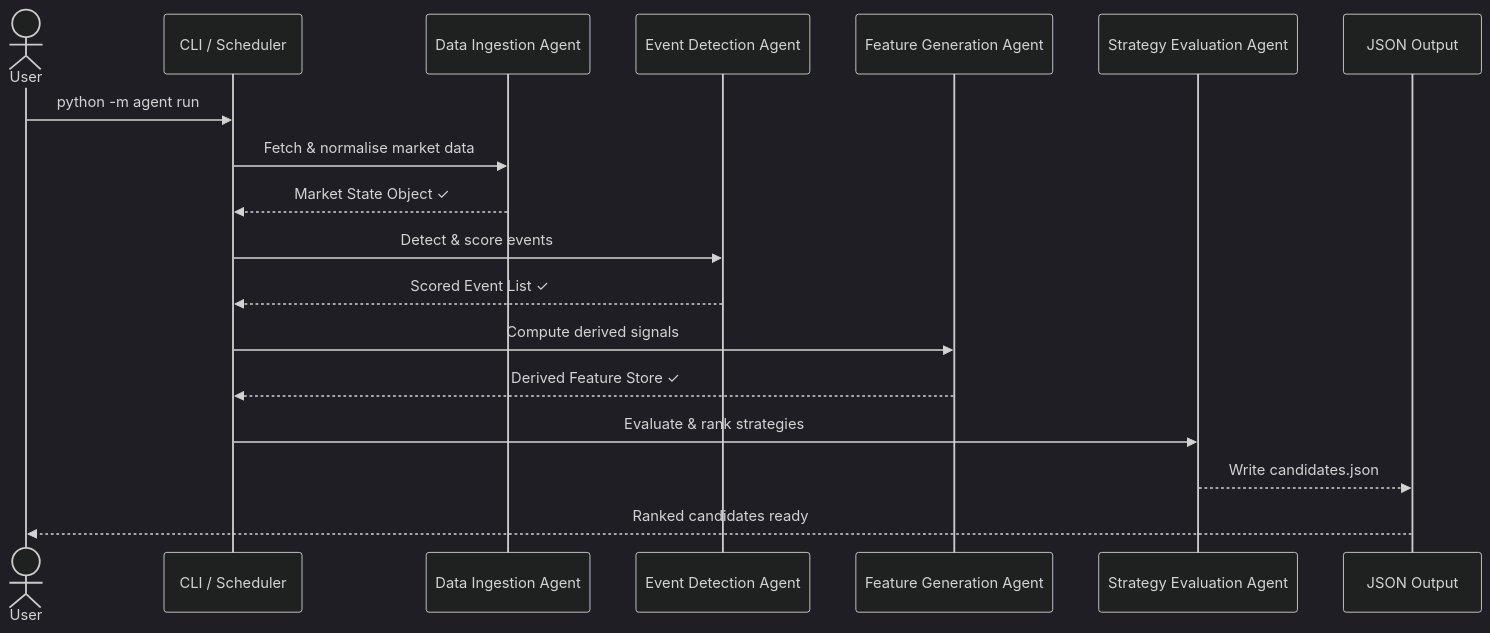
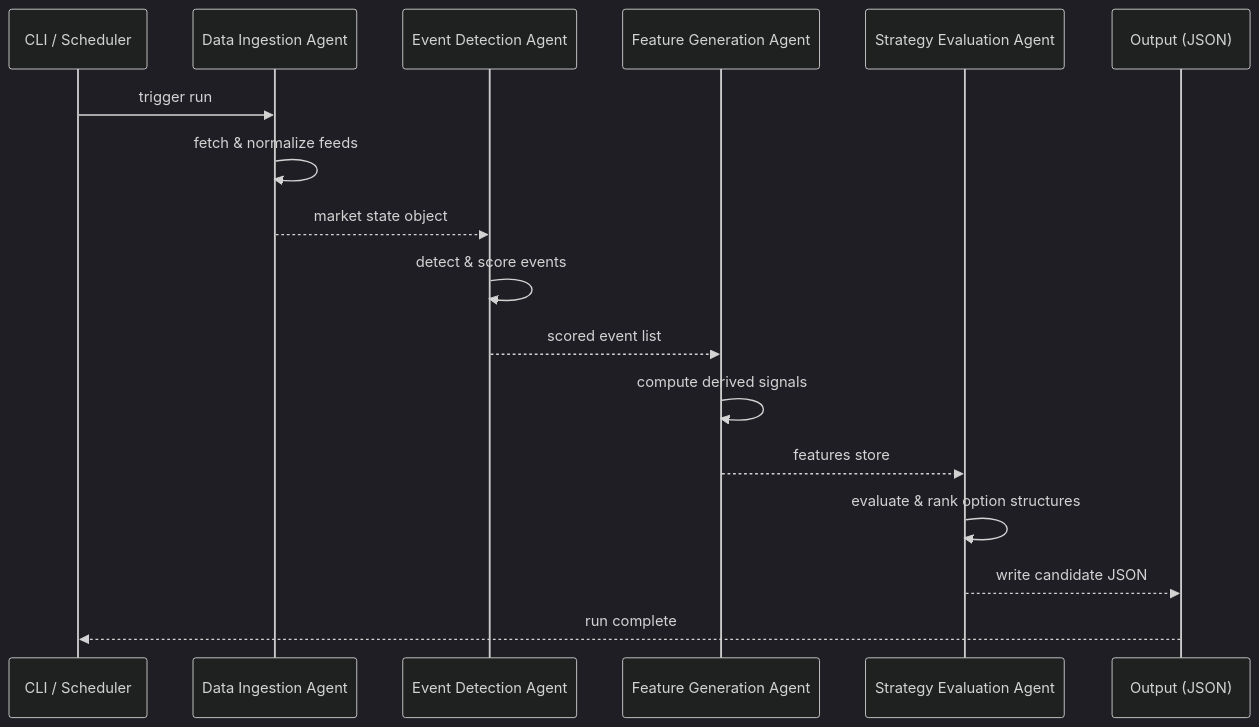
One commit to jeisenback/golden_boy_peanuts changed the second of 2 diagrams in docs/generated/user_guide_full-pipeline.md. Above: the diagram before and after it, drawn with Mermaid (dark theme). The commit also changed other lines of this file, not shown here.

Commit message:
docs: regenerate user guide [skip ci]

````diff
--- a/docs/generated/user_guide_full-pipeline.md
+++ b/docs/generated/user_guide_full-pipeline.md
@@ -234,21 +224,20 @@
 ```mermaid
 sequenceDiagram
-    actor User
     participant CLI as CLI / Scheduler
     participant DIA as Data Ingestion Agent
     participant EDA as Event Detection Agent
     participant FGA as Feature Generation Agent
     participant SEA as Strategy Evaluation Agent
-    participant OUT as JSON Output
+    participant OUT as Output (JSON)
 
-    User->>CLI: python -m agent run
-    CLI->>DIA: Fetch & normalise market data
-    DIA-->>CLI: Market State Object ✓
-    CLI->>EDA: Detect & score events
-    EDA-->>CLI: Scored Event List ✓
-    CLI->>FGA: Compute derived signals
-    FGA-->>CLI: Derived Feature Store ✓
-    CLI->>SEA: Evaluate & rank strategies
-    SEA-->>OUT: Write candidates.json
-    OUT-->>User: Ranked candidates ready
+    CLI->>DIA: trigger run
+    DIA->>DIA: fetch & normalize feeds
+    DIA-->>EDA: market state object
+    EDA->>EDA: detect & score events
+    EDA-->>FGA: scored event list
+    FGA->>FGA: compute derived signals
+    FGA-->>SEA: features store
+    SEA->>SEA: evaluate & rank option structures
+    SEA-->>OUT: write candidate JSON
+    OUT-->>CLI: run complete
 ```
````
